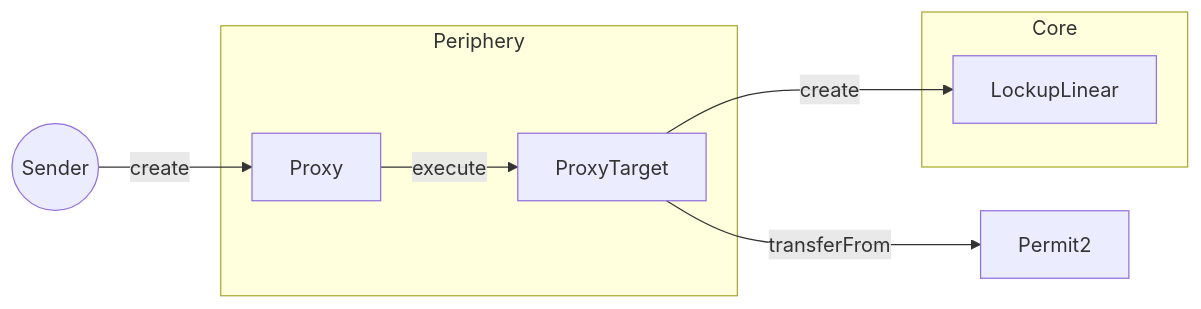
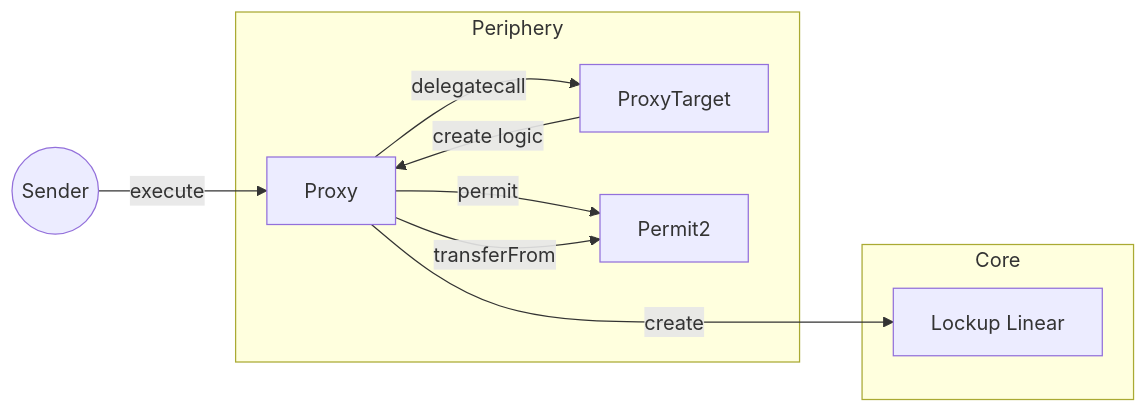
Before and after one commit to sablier-labs/docs: the fourth of 8 diagrams in docs/contracts/v2/reference/02-diagrams.md, drawn with Mermaid. The commit also changed other lines of this file, not shown here.

First line of the commit message:
Improve diagrams  (#67)

````diff
--- a/docs/contracts/v2/reference/02-diagrams.md
+++ b/docs/contracts/v2/reference/02-diagrams.md
@@ -104,16 +111,19 @@
 ```mermaid
 flowchart LR
   S((Sender))
-  P2[Permit2]
   subgraph Periphery
     P[Proxy]
     PT[ProxyTarget]
+    P2[Permit2]
   end
   subgraph Core
-    LL[LockupLinear]
+    LL[Lockup Linear]
   end
-  S -- "create" --> P
-  P -- "execute" --> PT
-  PT -- "transferFrom" --> P2
-  PT -- "create" --> LL
+
+  S -- "execute" --> P
+  P -- "delegatecall" --> PT
+  PT -- "create logic" --> P
+  P -- "permit" --> P2
+  P -- "transferFrom" --> P2
+  P -- "create" ---> LL
 ```
````
